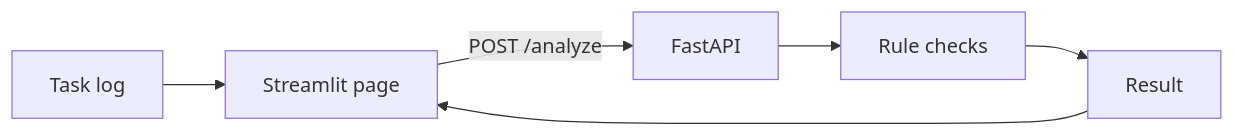
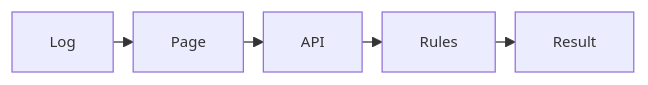
Before and after one commit to yang2695/airflow-ai-failure-analyzer: the diagram in README.md, drawn with Mermaid.

Commit message:
Simplify README architecture diagram

````diff
--- a/README.md
+++ b/README.md
@@ -26,8 +26,5 @@
 ```mermaid
+%%{init: {"themeVariables": {"fontSize": "12px"}, "flowchart": {"nodeSpacing": 16, "rankSpacing": 16}} }%%
 flowchart LR
-  A[Task log] --> B[Streamlit page]
-  B -->|POST /analyze| C[FastAPI]
-  C --> D[Rule checks]
-  D --> E[Result]
-  E --> B
+  A[Log] --> B[Page] --> C[API] --> D[Rules] --> E[Result]
 ```
````
